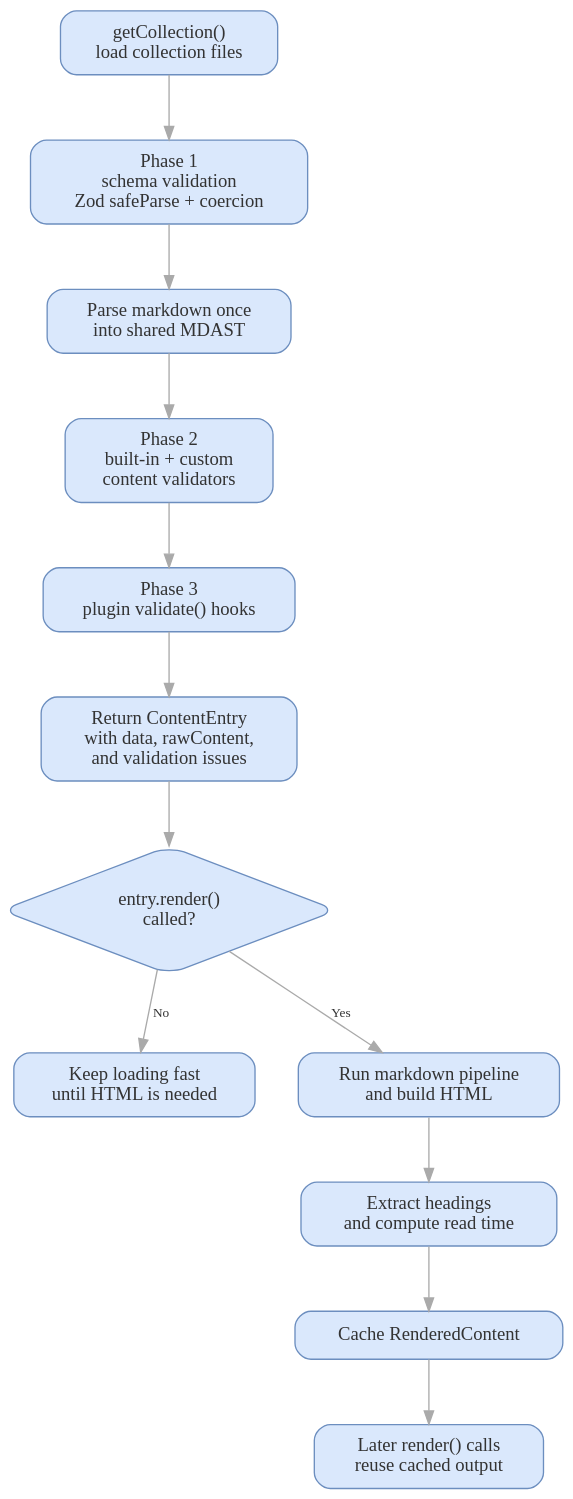
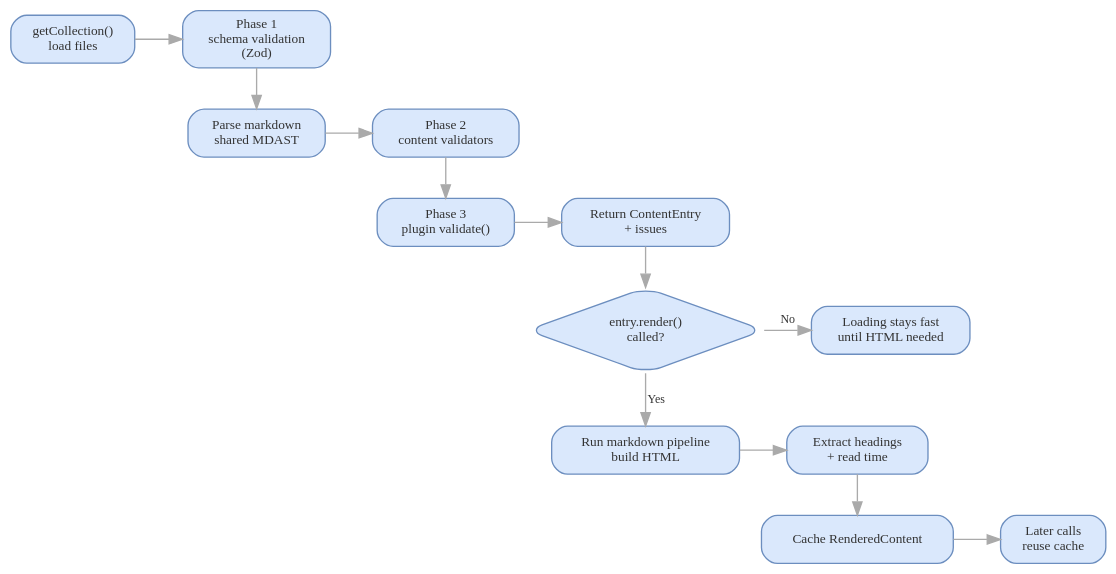
Before and after one commit to sujeet-pro/pagesmith: the diagram in docs/content/guide/validation-and-rendering/diagrams/validation-rendering-flow.dot, drawn with Graphviz. The commit also changed 128 other files, not shown here.

```diff
--- a/docs/content/guide/validation-and-rendering/diagrams/validation-rendering-flow.dot
+++ b/docs/content/guide/validation-and-rendering/diagrams/validation-rendering-flow.dot
@@ -1,26 +1,39 @@
 // Diagram: Validation and rendering flow
 // Type: graphviz
 digraph ValidationRenderingFlow {
   bgcolor="transparent"
-  graph [rankdir=TB, nodesep=0.45, ranksep=0.65, pad=0.2]
-  node [shape=box, style="rounded,filled", fillcolor="#dae8fc", color="#6c8ebf", fontcolor="#333333", margin="0.18,0.12"]
-  edge [fontsize=10, color="#AAAAAA", fontcolor="#333333"]
+  graph [rankdir=TB, nodesep=0.25, ranksep=0.4, pad=0.1, fontsize=10]
+  node [shape=box, style="rounded,filled", fillcolor="#dae8fc", color="#6c8ebf", fontcolor="#333333", fontsize=10, margin="0.12,0.07"]
+  edge [fontsize=9, color="#AAAAAA", fontcolor="#333333"]
 
-  start [label="getCollection()\nload collection files"]
-  schema [label="Phase 1\nschema validation\nZod safeParse + coercion"]
-  mdast [label="Parse markdown once\ninto shared MDAST"]
-  validators [label="Phase 2\nbuilt-in + custom\ncontent validators"]
-  plugins [label="Phase 3\nplugin validate() hooks"]
-  entry [label="Return ContentEntry\nwith data, rawContent,\nand validation issues"]
+  start [label="getCollection()\nload files"]
+  schema [label="Phase 1\nschema validation\n(Zod)"]
+
+  mdast [label="Parse markdown\nshared MDAST"]
+  validators [label="Phase 2\ncontent validators"]
+
+  plugins [label="Phase 3\nplugin validate()"]
+  entry [label="Return ContentEntry\n+ issues"]
+
   render [shape=diamond, label="entry.render()\ncalled?"]
-  wait [label="Keep loading fast\nuntil HTML is needed"]
-  pipeline [label="Run markdown pipeline\nand build HTML"]
-  headings [label="Extract headings\nand compute read time"]
+  wait [label="Loading stays fast\nuntil HTML needed"]
+
+  pipeline [label="Run markdown pipeline\nbuild HTML"]
+  headings [label="Extract headings\n+ read time"]
+
   cache [label="Cache RenderedContent"]
-  reuse [label="Later render() calls\nreuse cached output"]
+  reuse [label="Later calls\nreuse cache"]
 
-  start -> schema -> mdast -> validators -> plugins -> entry -> render
+  { rank=same; start; schema }
+  { rank=same; mdast; validators }
+  { rank=same; plugins; entry }
+  { rank=same; render; wait }
+  { rank=same; pipeline; headings }
+  { rank=same; cache; reuse }
+
+  start -> schema -> mdast -> validators
+  validators -> plugins -> entry -> render
   render -> wait [label="No"]
   render -> pipeline [label="Yes"]
   pipeline -> headings -> cache -> reuse
 }
```
